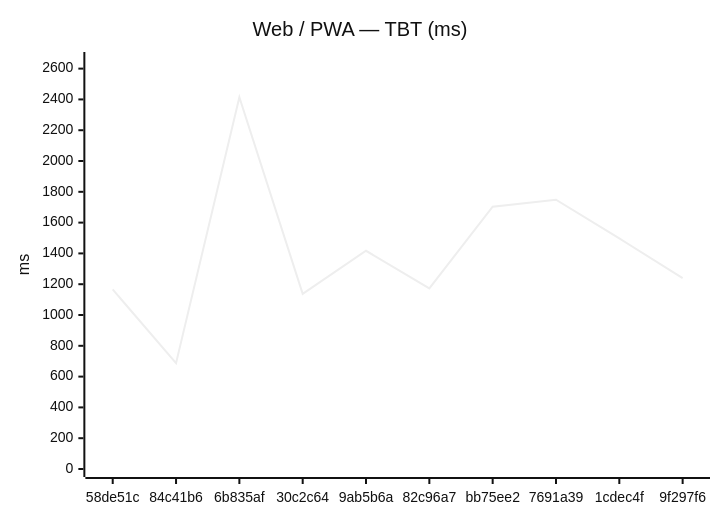
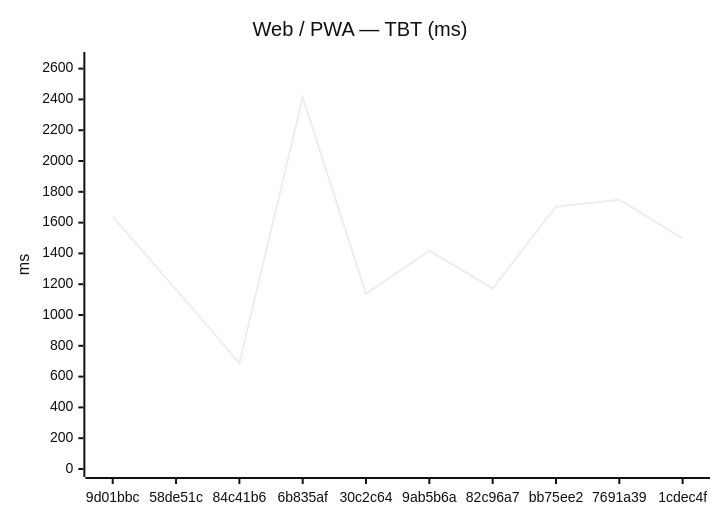
The second of 12 diagrams in benchmarks/compare.md (Metaheurist/Rianell), drawn with Mermaid (neutral theme) before and after one commit. The commit also changed other lines of this file and 8 other files, not shown here.

````diff
--- a/benchmarks/compare.md
+++ b/benchmarks/compare.md
@@ -31,7 +31,7 @@
 ```mermaid
 xychart-beta
     title "Web / PWA — TBT (ms)"
-    x-axis ["58de51c", "84c41b6", "6b835af", "30c2c64", "9ab5b6a", "82c96a7", "bb75ee2", "7691a39", "1cdec4f", "9f297f6"]
+    x-axis ["9d01bbc", "58de51c", "84c41b6", "6b835af", "30c2c64", "9ab5b6a", "82c96a7", "bb75ee2", "7691a39", "1cdec4f"]
     y-axis "ms" 0 --> 2656
-    line [1166, 687, 2414, 1137, 1417, 1173, 1703, 1749, 1497, 1240]
+    line [1639, 1166, 687, 2414, 1137, 1417, 1173, 1703, 1749, 1497]
 ```
````
